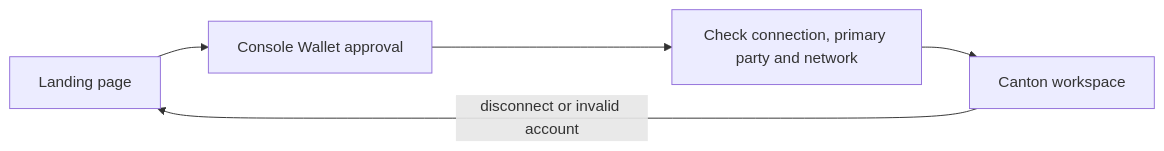
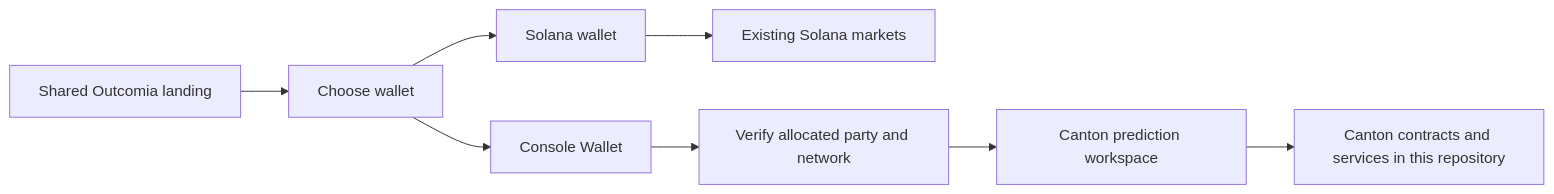
One commit to kunal171/outcomia-canton changed the diagram in docs/wallet-gateway.md. Above: the diagram before and after it, drawn with Mermaid. The commit also changed other lines of this file and 4 other files, not shown here.

Commit message:
docs: point Canton development at the shared Outcomia UI

````diff
--- a/docs/wallet-gateway.md
+++ b/docs/wallet-gateway.md
@@ -11,7 +7,10 @@
 ```mermaid
 flowchart LR
-  Landing[Landing page] --> Approval[Console Wallet approval]
-  Approval --> Verify[Check connection, primary party and network]
-  Verify --> Workspace[Canton workspace]
-  Workspace -->|disconnect or invalid account| Landing
+  UI[Shared Outcomia landing] --> Wallet[Choose wallet]
+  Wallet --> Solana[Solana wallet]
+  Wallet --> Console[Console Wallet]
+  Solana --> Existing[Existing Solana markets]
+  Console --> Verify[Verify allocated party and network]
+  Verify --> Canton[Canton prediction workspace]
+  Canton --> Contracts[Canton contracts and services in this repository]
 ```
````
